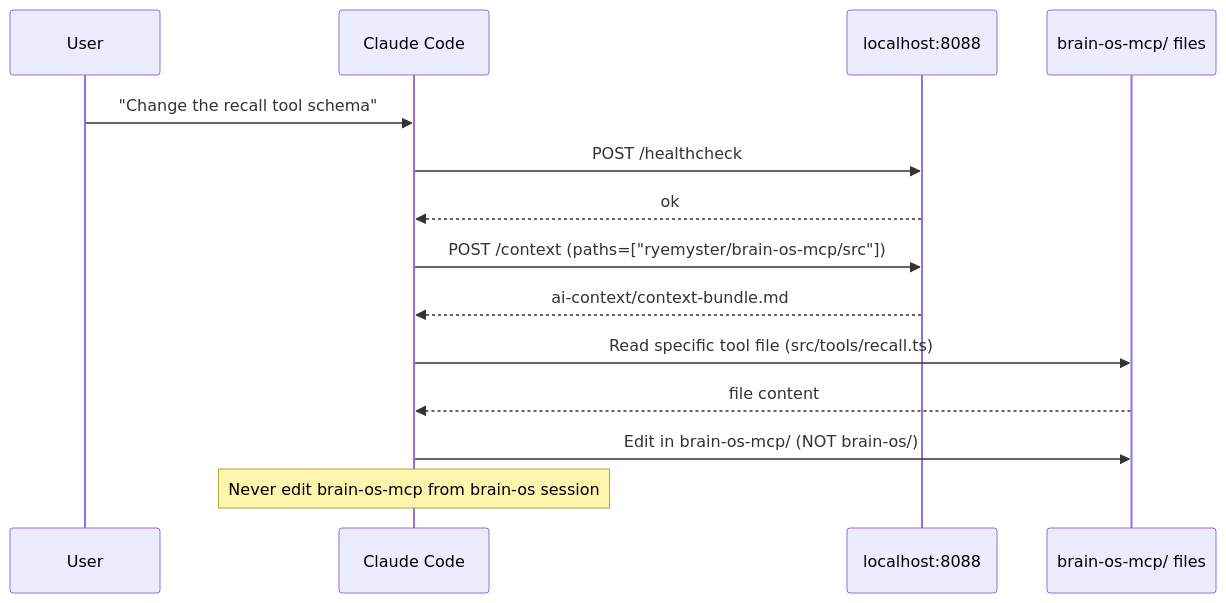
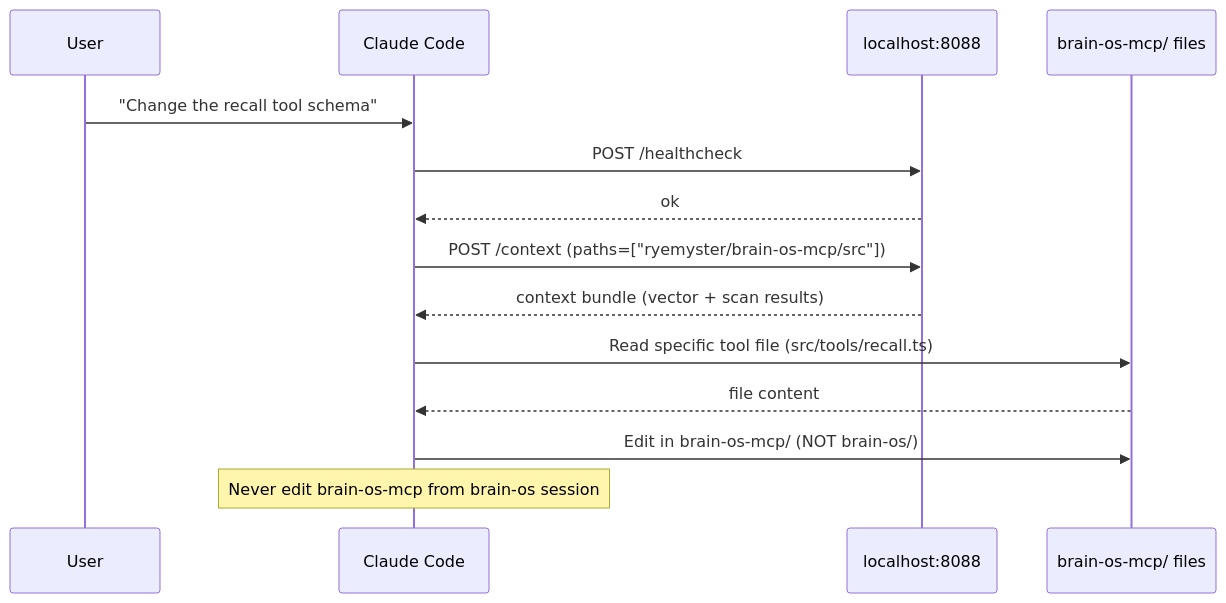
The fourth of 5 diagrams in .claude/ARCHITECTURE.md (ryemyster/brain-os), drawn with Mermaid before and after one commit. The commit also changed other lines of this file and 31 other files, not shown here.

````diff
--- a/.claude/ARCHITECTURE.md
+++ b/.claude/ARCHITECTURE.md
@@ -154,17 +153,17 @@
 ```mermaid
 sequenceDiagram
     participant U as User
     participant CC as Claude Code
     participant CE as localhost:8088
     participant FS as brain-os-mcp/ files
 
     U->>CC: "Change the recall tool schema"
     CC->>CE: POST /healthcheck
     CE-->>CC: ok
     CC->>CE: POST /context (paths=["ryemyster/brain-os-mcp/src"])
-    CE-->>CC: ai-context/context-bundle.md
+    CE-->>CC: context bundle (vector + scan results)
     CC->>FS: Read specific tool file (src/tools/recall.ts)
     FS-->>CC: file content
     CC->>FS: Edit in brain-os-mcp/ (NOT brain-os/)
     Note over CC: Never edit brain-os-mcp from brain-os session
 ```
````
